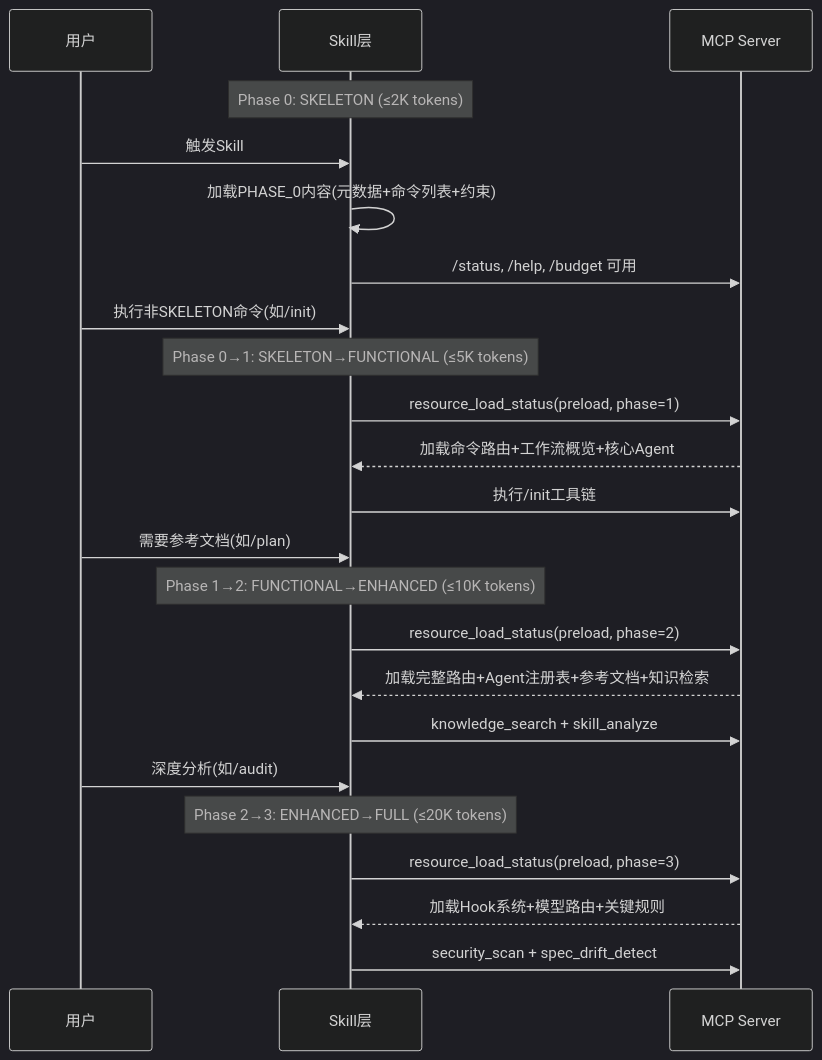
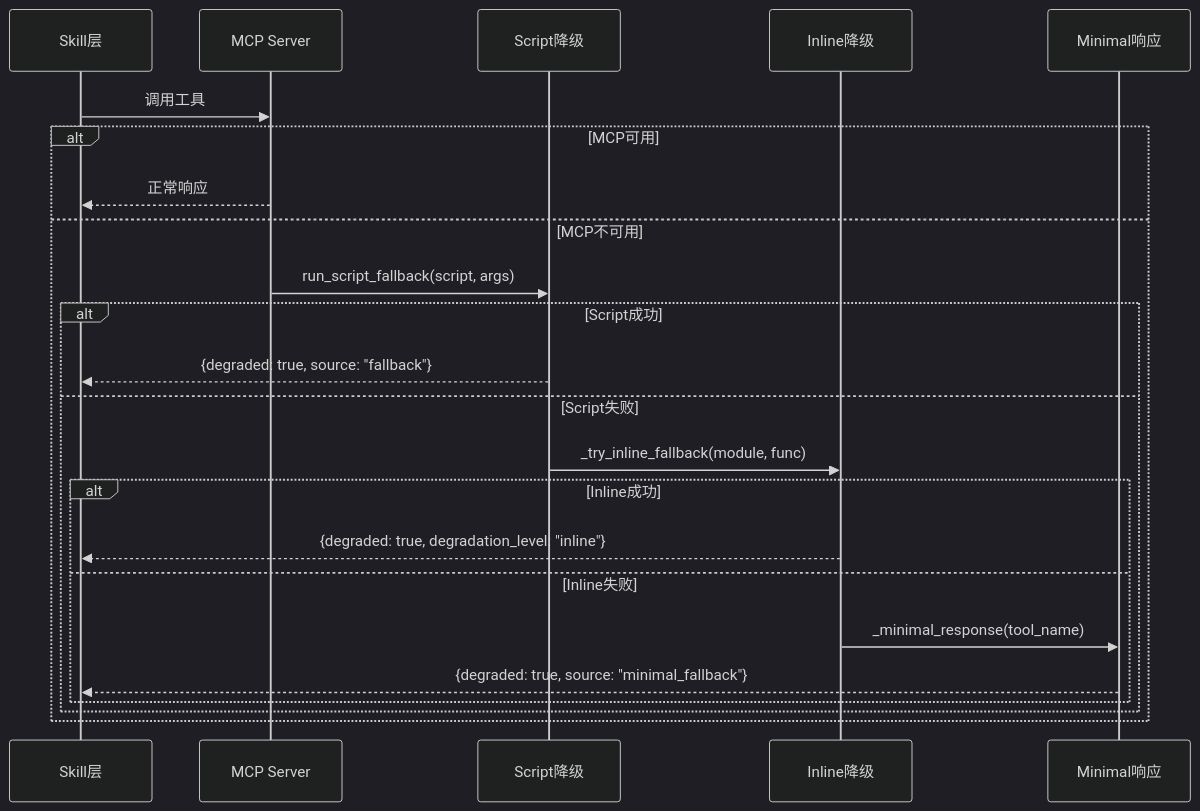
The second of 4 diagrams in docs/plan/ARCHITECTURE.md (xuanyuanchumo/xuansto), drawn with Mermaid (dark theme) before and after one commit. The commit also changed other lines of this file and 138 other files, not shown here.

````diff
--- a/docs/plan/ARCHITECTURE.md
+++ b/docs/plan/ARCHITECTURE.md
@@ -506,29 +727,26 @@
 ```mermaid
 sequenceDiagram
-    participant User as 用户
     participant Skill as Skill层
     participant MCP as MCP Server
+    participant Script as Script降级
+    participant Inline as Inline降级
+    participant Minimal as Minimal响应
 
-    Note over Skill: Phase 0: SKELETON (≤2K tokens)
-    User->>Skill: 触发Skill
-    Skill->>Skill: 加载PHASE_0内容(元数据+命令列表+约束)
-    Skill->>MCP: /status, /help, /budget 可用
-
-    User->>Skill: 执行非SKELETON命令(如/init)
-    Note over Skill: Phase 0→1: SKELETON→FUNCTIONAL (≤5K tokens)
-    Skill->>MCP: resource_load_status(preload, phase=1)
-    MCP-->>Skill: 加载命令路由+工作流概览+核心Agent
-    Skill->>MCP: 执行/init工具链
-
-    User->>Skill: 需要参考文档(如/plan)
-    Note over Skill: Phase 1→2: FUNCTIONAL→ENHANCED (≤10K tokens)
-    Skill->>MCP: resource_load_status(preload, phase=2)
-    MCP-->>Skill: 加载完整路由+Agent注册表+参考文档+知识检索
-    Skill->>MCP: knowledge_search + skill_analyze
-
-    User->>Skill: 深度分析(如/audit)
-    Note over Skill: Phase 2→3: ENHANCED→FULL (≤20K tokens)
-    Skill->>MCP: resource_load_status(preload, phase=3)
-    MCP-->>Skill: 加载Hook系统+模型路由+关键规则
-    Skill->>MCP: security_scan + spec_drift_detect
+    Skill->>MCP: 调用工具
+    alt MCP可用
+        MCP-->>Skill: 正常响应
+    else MCP不可用
+        MCP->>Script: run_script_fallback(script, args)
+        alt Script成功
+            Script-->>Skill: {degraded: true, source: "fallback"}
+        else Script失败
+            Script->>Inline: _try_inline_fallback(module, func)
+            alt Inline成功
+                Inline-->>Skill: {degraded: true, degradation_level: "inline"}
+            else Inline失败
+                Inline->>Minimal: _minimal_response(tool_name)
+                Minimal-->>Skill: {degraded: true, source: "minimal_fallback"}
+            end
+        end
+    end
 ```
````
